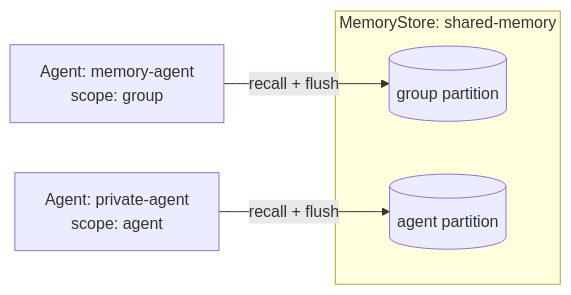
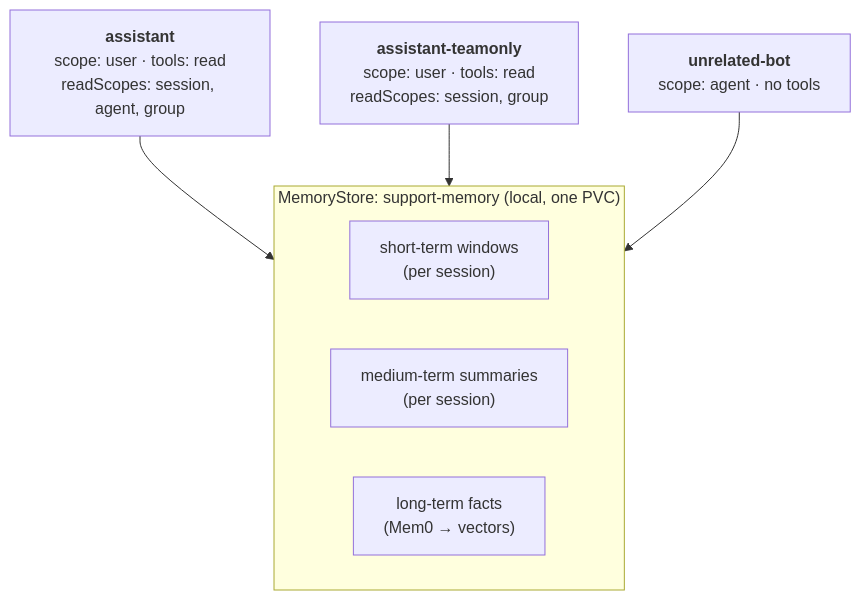
The fourth of 5 diagrams in memory/blog/BLOGPOST_DRAFT_4.md (axsaucedo/kaos-adrs), drawn with Mermaid before and after one commit. The commit also changed other lines of this file, not shown here.

First line of the commit message:
docs(memory-blog): replace worked example with the real three-agent capture

````diff
--- a/memory/blog/BLOGPOST_DRAFT_4.md
+++ b/memory/blog/BLOGPOST_DRAFT_4.md
@@ -387,9 +389,15 @@
 ```mermaid
-graph LR
-    subgraph store["MemoryStore: shared-memory"]
-      G[("group partition")]
-      P[("agent partition")]
-    end
-    A1[Agent: memory-agent<br/>scope: group] -->|recall + flush| G
-    A2[Agent: private-agent<br/>scope: agent] -->|recall + flush| P
+graph TB
+  subgraph store["MemoryStore: support-memory (local, one PVC)"]
+    direction LR
+    ST["short-term windows<br/>(per session)"]
+    MT["medium-term summaries<br/>(per session)"]
+    LT["long-term facts<br/>(Mem0 → vectors)"]
+  end
+  A1["<b>assistant</b><br/>scope: user · tools: read<br/>readScopes: session, agent, group"]
+  A2["<b>assistant-teamonly</b><br/>scope: user · tools: read<br/>readScopes: session, group"]
+  X["<b>unrelated-bot</b><br/>scope: agent · no tools"]
+  A1 --> store
+  A2 --> store
+  X --> store
 ```
````
